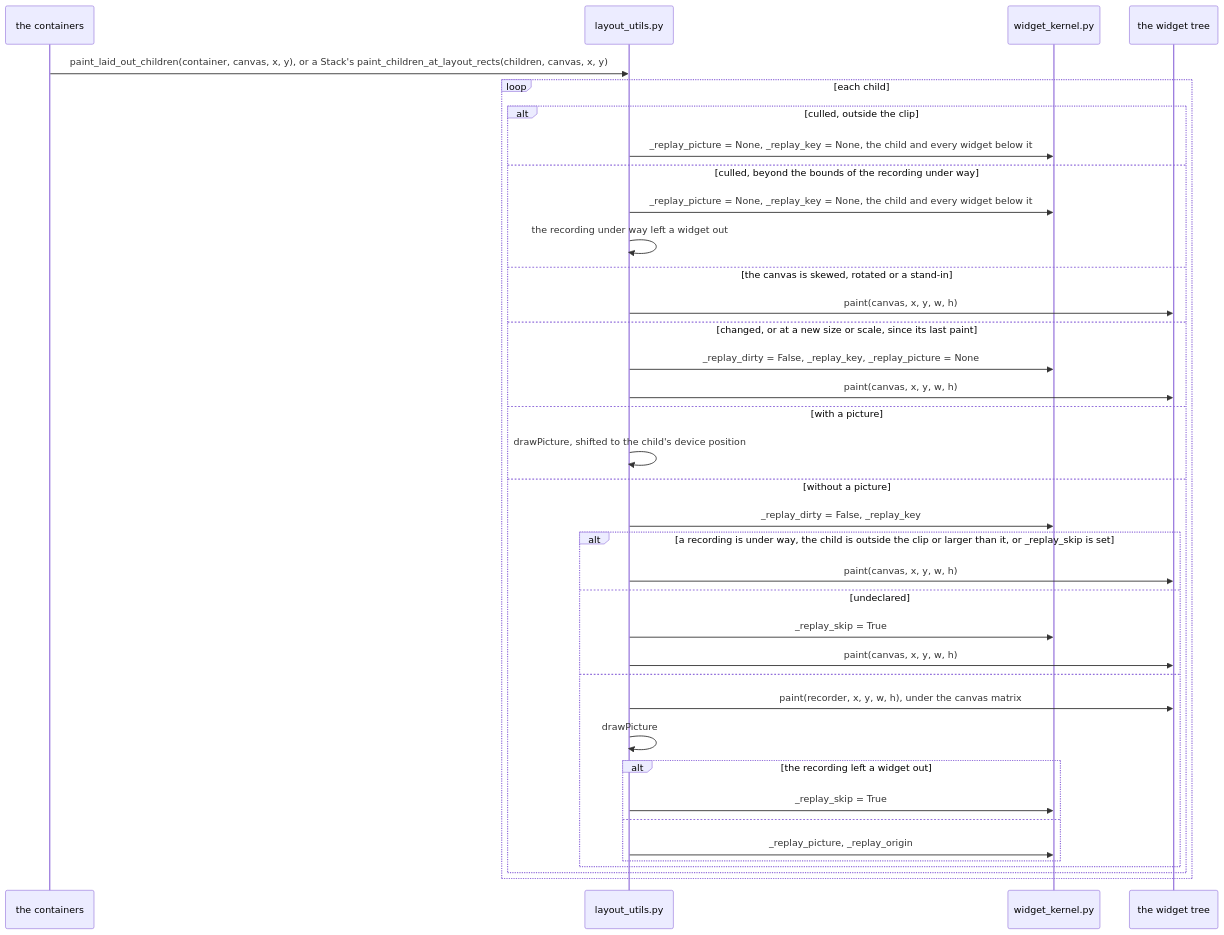
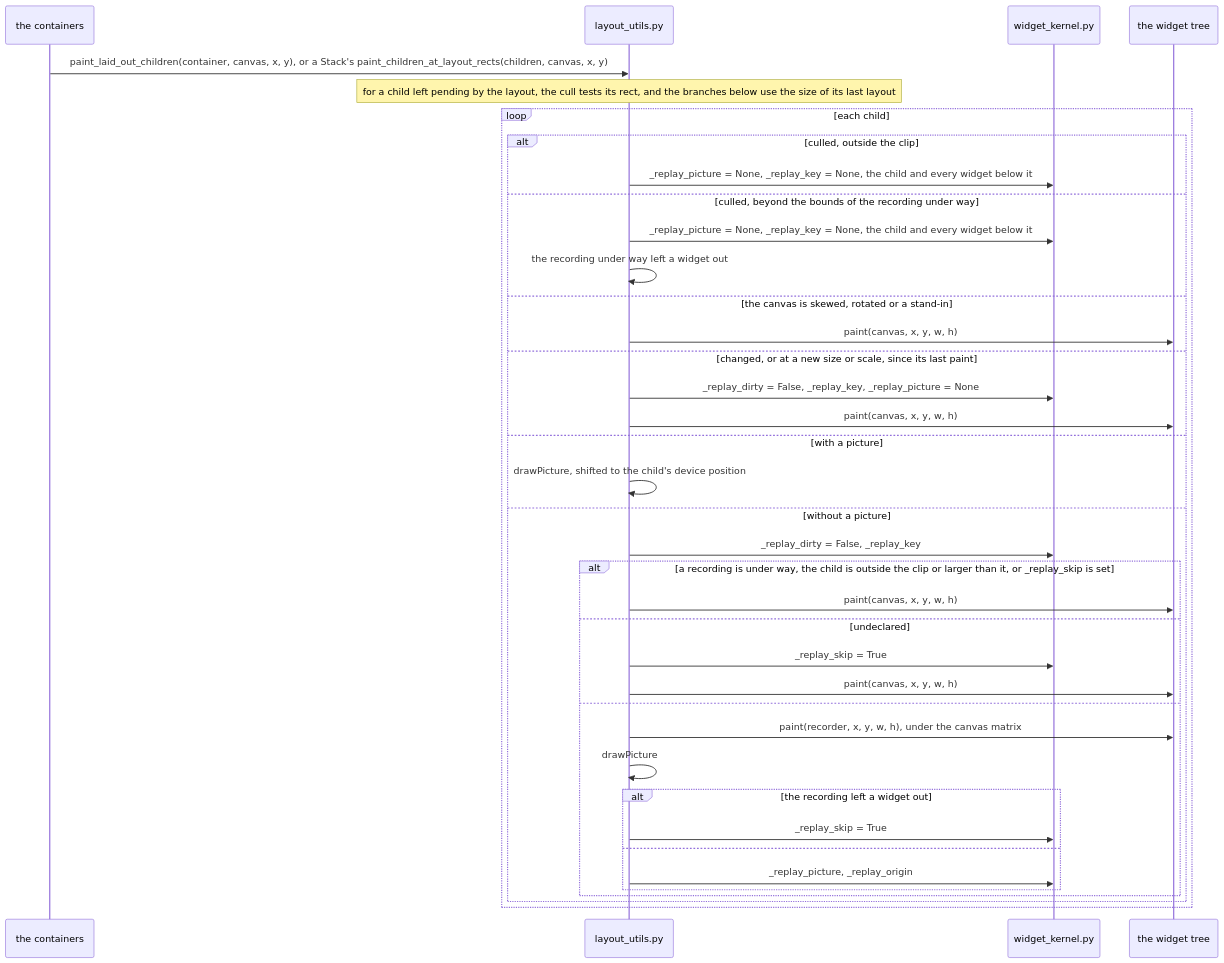
The sixth of 6 diagrams in docs/design/PAINT_CACHE.md (yuksblog/nuiitivet), drawn with Mermaid before and after one commit. The commit also changed other lines of this file and 10 other files, not shown here.

````diff
--- a/docs/design/PAINT_CACHE.md
+++ b/docs/design/PAINT_CACHE.md
@@ -186,40 +186,41 @@
 ```mermaid
 sequenceDiagram
     participant C as the containers
     participant U as layout_utils.py
     participant K as widget_kernel.py
     participant T as the widget tree
 
     C->>U: paint_laid_out_children(container, canvas, x, y), or a Stack's paint_children_at_layout_rects(children, canvas, x, y)
+    Note over U: for a child left pending by the layout, the cull tests its rect, and the branches below use the size of its last layout
     loop each child
         alt culled, outside the clip
             U->>K: _replay_picture = None, _replay_key = None, the child and every widget below it
         else culled, beyond the bounds of the recording under way
             U->>K: _replay_picture = None, _replay_key = None, the child and every widget below it
             U->>U: the recording under way left a widget out
         else the canvas is skewed, rotated or a stand-in
             U->>T: paint(canvas, x, y, w, h)
         else changed, or at a new size or scale, since its last paint
             U->>K: _replay_dirty = False, _replay_key, _replay_picture = None
             U->>T: paint(canvas, x, y, w, h)
         else with a picture
             U->>U: drawPicture, shifted to the child's device position
         else without a picture
             U->>K: _replay_dirty = False, _replay_key
             alt a recording is under way, the child is outside the clip or larger than it, or _replay_skip is set
                 U->>T: paint(canvas, x, y, w, h)
             else undeclared
                 U->>K: _replay_skip = True
                 U->>T: paint(canvas, x, y, w, h)
             else
                 U->>T: paint(recorder, x, y, w, h), under the canvas matrix
                 U->>U: drawPicture
                 alt the recording left a widget out
                     U->>K: _replay_skip = True
                 else
                     U->>K: _replay_picture, _replay_origin
                 end
             end
         end
     end
 ```
````
